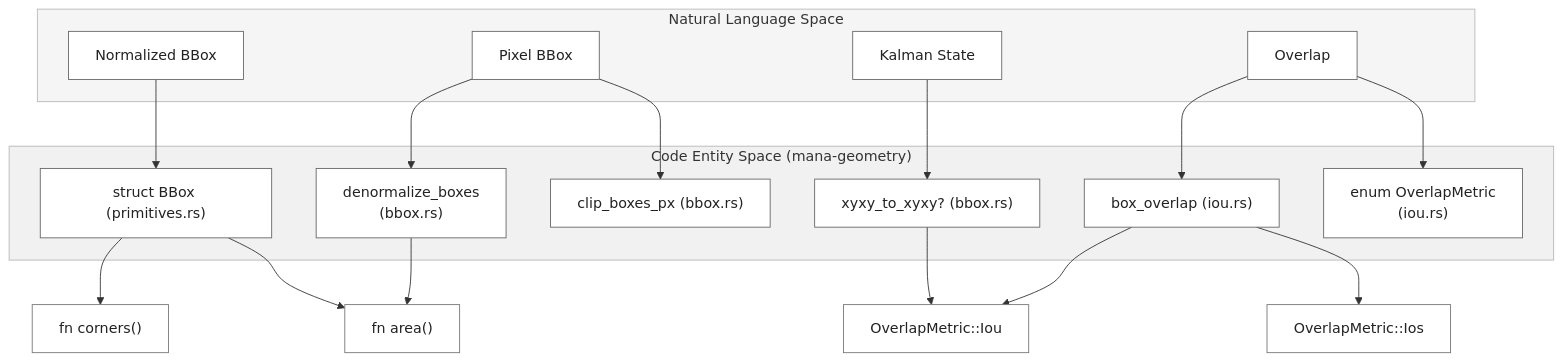
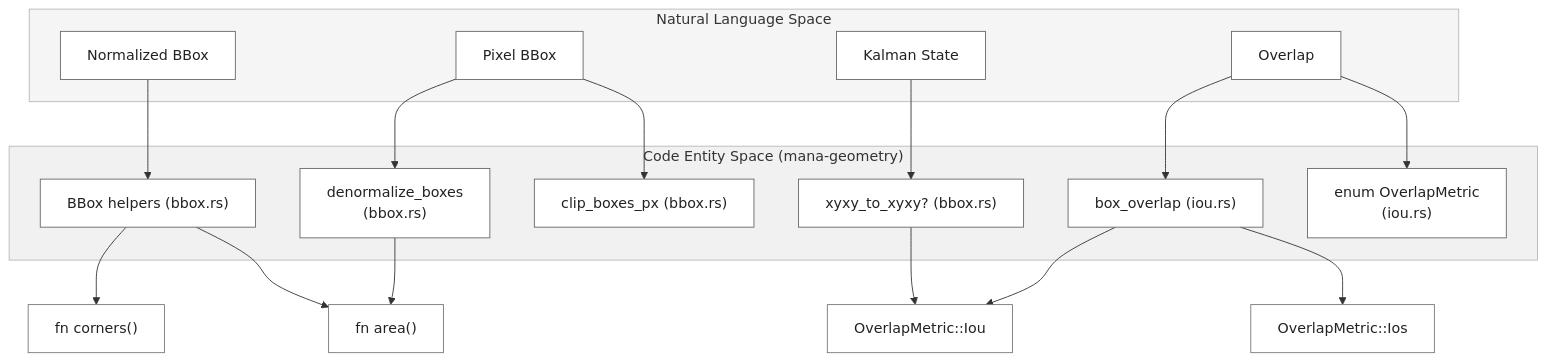
Before and after one commit to e7canasta/mana-lite: the first of 2 diagrams in docs/wiki/6.1-bounding-boxes-and-iou.md, drawn with Mermaid. The commit also changed other lines of this file and 50 other files, not shown here.

````diff
--- a/docs/wiki/6.1-bounding-boxes-and-iou.md
+++ b/docs/wiki/6.1-bounding-boxes-and-iou.md
@@ -43,71 +42,71 @@
 ```mermaid
 flowchart TB
 
     %% =========================================
     %% Natural Language Space
     %% =========================================
     subgraph NLS["Natural Language Space"]
         NormalizedBBox["Normalized BBox"]
         PixelBBox["Pixel BBox"]
         KalmanState["Kalman State"]
         Overlap["Overlap"]
     end
 
     %% =========================================
     %% Code Entity Space
     %% =========================================
     subgraph CES["Code Entity Space (mana-geometry)"]
-        StructBBox["struct BBox (primitives.rs)"]
+        StructBBox["BBox helpers (bbox.rs)"]
         Denormalize["denormalize_boxes<br/>(bbox.rs)"]
         ClipBoxes["clip_boxes_px (bbox.rs)"]
         XYXY["xyxy_to_xyxy? (bbox.rs)"]
         BoxOverlap["box_overlap (iou.rs)"]
         OverlapMetric["enum OverlapMetric<br/>(iou.rs)"]
     end
 
     %% =========================================
     %% Code entities / functions
     %% =========================================
     Corners["fn corners()"]
     Area["fn area()"]
     IoU["OverlapMetric::Iou"]
     IoS["OverlapMetric::Ios"]
 
     %% =========================================
     %% Relationships
     %% =========================================
 
     NormalizedBBox --> StructBBox
 
     PixelBBox --> Denormalize
     PixelBBox --> ClipBoxes
 
     KalmanState --> XYXY
 
     Overlap --> BoxOverlap
     Overlap --> OverlapMetric
 
     StructBBox --> Corners
     StructBBox --> Area
 
     Denormalize --> Area
     XYXY --> IoU
 
     BoxOverlap --> IoU
     BoxOverlap --> IoS
 
     %% =========================================
     %% Styling
     %% =========================================
 
     classDef naturalNode fill:#ffffff,stroke:#666,stroke-width:1px,color:#222;
     classDef codeNode fill:#ffffff,stroke:#666,stroke-width:1px,color:#222;
     classDef functionNode fill:#ffffff,stroke:#777,stroke-width:1px,color:#222;
 
     class NormalizedBBox,PixelBBox,KalmanState,Overlap naturalNode;
     class StructBBox,Denormalize,ClipBoxes,XYXY,BoxOverlap,OverlapMetric codeNode;
     class Corners,Area,IoU,IoS functionNode;
 
     style NLS fill:#f5f5f5,stroke:#b8b8b8,stroke-width:1px
     style CES fill:#f1f1f1,stroke:#b8b8b8,stroke-width:1px
 ```
````
